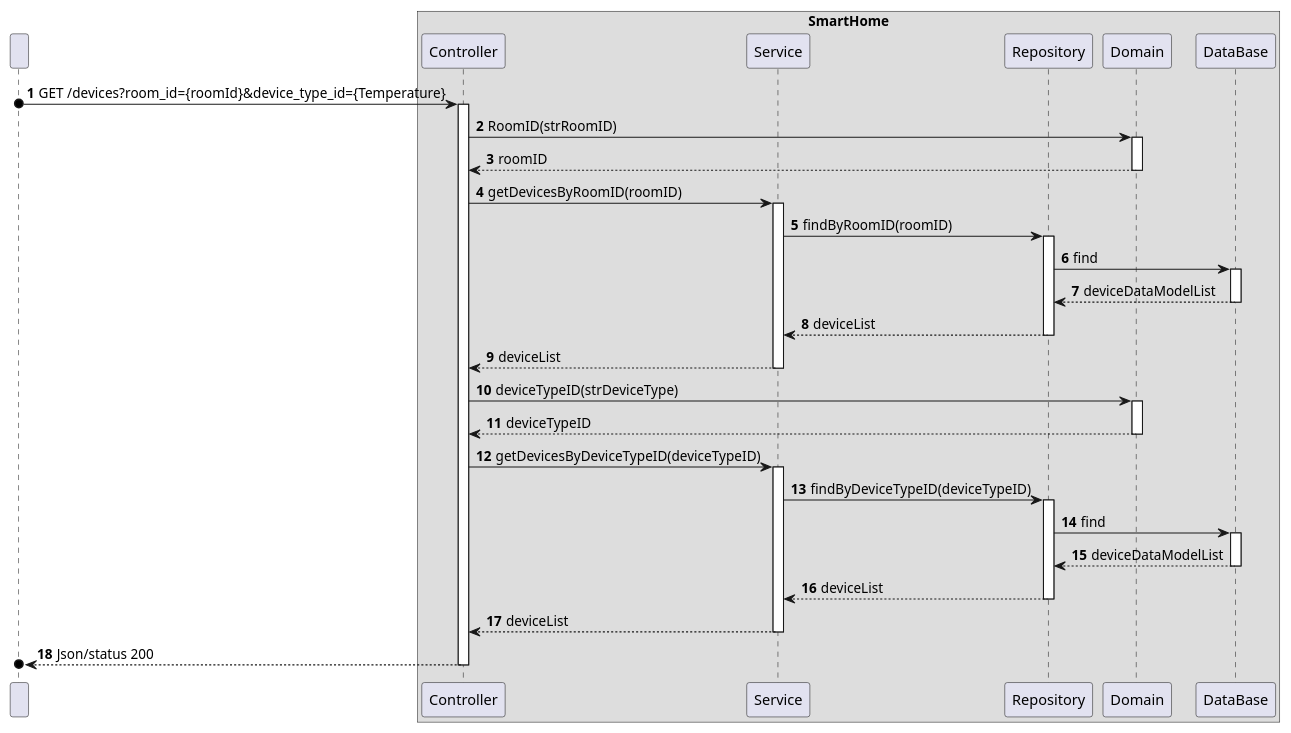
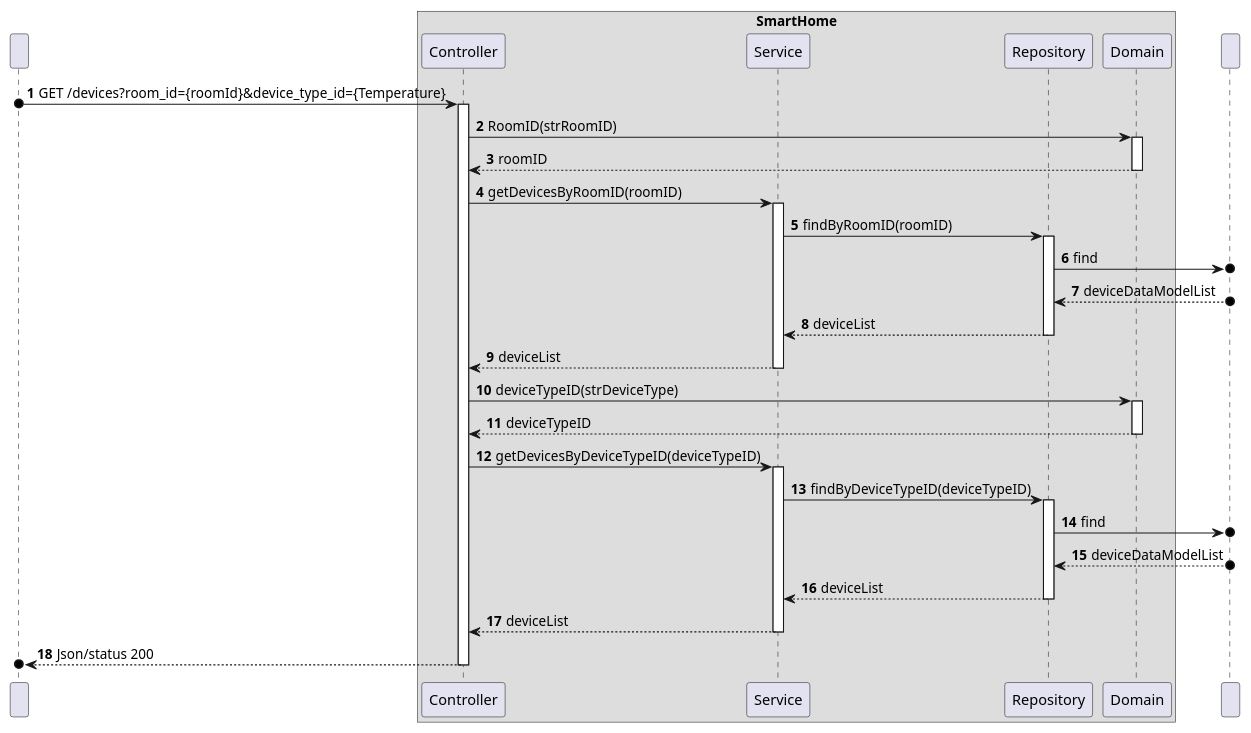
One commit to olivDiogo/SmartHome changed the diagram in docs/ooa/C4_4plus1_models/Level3/ProcessView/ProcessViewLevel3_UC12.puml. Above: the diagram before and after it, drawn with PlantUML. The commit also changed 11 other files, not shown here.

Commit message:
docs: updates on process view level 2 and 3 diagrams

```diff
--- a/docs/ooa/C4_4plus1_models/Level3/ProcessView/ProcessViewLevel3_UC12.puml
+++ b/docs/ooa/C4_4plus1_models/Level3/ProcessView/ProcessViewLevel3_UC12.puml
@@ -1,77 +1,74 @@
 @startuml
 'https://plantuml.com/sequence-diagram
 !pragma layout smetana
 
 autonumber
 
 participant " " as User
 
 box "SmartHome"
     participant "Controller" as CTRL
     participant "Service" as SV
     participant "Repository" as REPO
     participant "Domain" as DOM
-    participant "DataBase" as BD
 end box
+    participant " " as BD
+
 
 
 User o-> CTRL : GET /devices?room_id={roomId}&device_type_id={Temperature}
 
 activate CTRL
 
 CTRL -> DOM : RoomID(strRoomID)
 activate DOM
 
 DOM --> CTRL : roomID
 deactivate DOM
 
 CTRL -> SV: getDevicesByRoomID(roomID)
 activate SV
 
 SV -> REPO : findByRoomID(roomID)
 activate REPO
 
-REPO -> BD : find
-activate BD
+REPO ->o BD : find
 
 
-BD --> REPO : deviceDataModelList
-deactivate BD
+BD o--> REPO : deviceDataModelList
 
 REPO --> SV : deviceList
 deactivate REPO
 
 SV --> CTRL : deviceList
 deactivate REPO
 deactivate SV
 
 CTRL -> DOM : deviceTypeID(strDeviceType)
 activate DOM
 
 DOM --> CTRL : deviceTypeID
 deactivate DOM
 
 CTRL -> SV : getDevicesByDeviceTypeID(deviceTypeID)
 activate SV
 
 SV -> REPO : findByDeviceTypeID(deviceTypeID)
 activate REPO
 
-REPO -> BD : find
-activate BD
+REPO ->o BD : find
 
-BD --> REPO : deviceDataModelList
-deactivate BD
+BD o--> REPO : deviceDataModelList
 
 REPO --> SV : deviceList
 deactivate REPO
 
 SV --> CTRL : deviceList
 deactivate SV
 
 CTRL -->o User : Json/status 200
 deactivate CTRL
 
 
 
 @enduml
```
